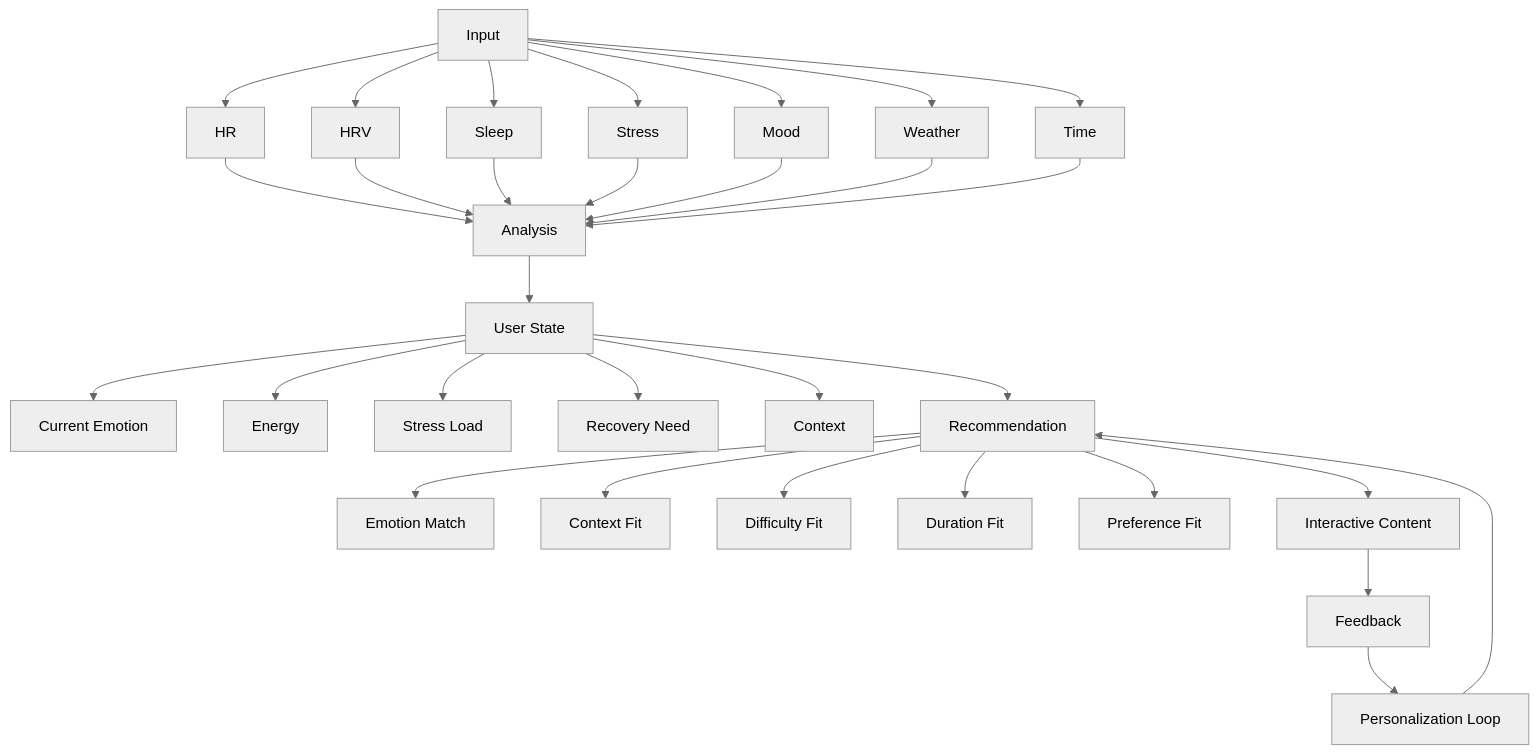
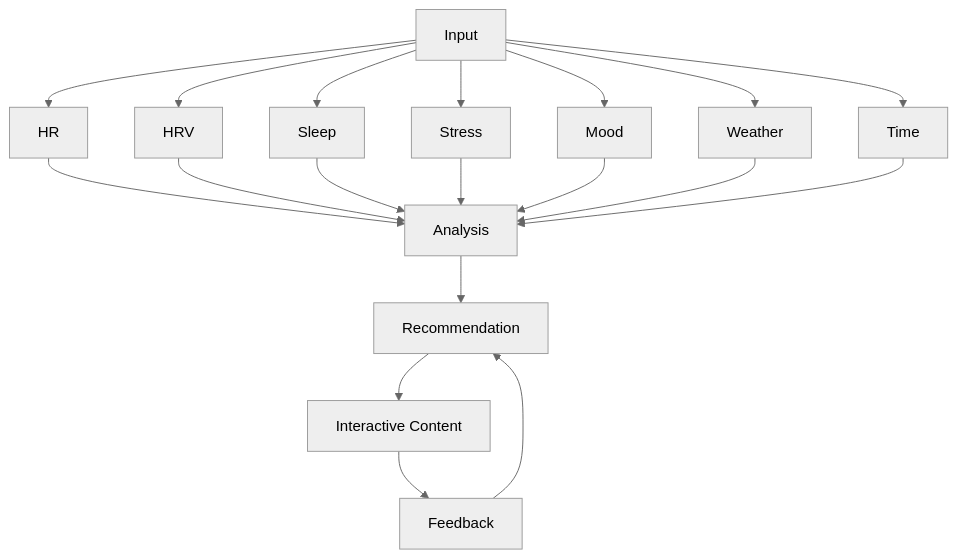
One commit to soompy/artBox changed the diagram in docs/RECOMMENDATION_ENGINE.md. Above: the diagram before and after it, drawn with Mermaid (neutral theme). The commit also changed other lines of this file and 13 other files, not shown here.

Commit message:
docs: localize ArtBox docs and add architecture diagrams

````diff
--- a/docs/RECOMMENDATION_ENGINE.md
+++ b/docs/RECOMMENDATION_ENGINE.md
@@ -7,37 +11,21 @@
 ```mermaid
 flowchart TD
     A["Input"] --> A1["HR"]
     A --> A2["HRV"]
     A --> A3["Sleep"]
     A --> A4["Stress"]
     A --> A5["Mood"]
     A --> A6["Weather"]
     A --> A7["Time"]
-
     A1 --> B["Analysis"]
     A2 --> B
     A3 --> B
     A4 --> B
     A5 --> B
     A6 --> B
     A7 --> B
-
-    B --> C["User State"]
-    C --> C1["Current Emotion"]
-    C --> C2["Energy"]
-    C --> C3["Stress Load"]
-    C --> C4["Recovery Need"]
-    C --> C5["Context"]
-
-    C --> D["Recommendation"]
-    D --> D1["Emotion Match"]
-    D --> D2["Context Fit"]
-    D --> D3["Difficulty Fit"]
-    D --> D4["Duration Fit"]
-    D --> D5["Preference Fit"]
-
-    D --> E["Interactive Content"]
-    E --> F["Feedback"]
-    F --> G["Personalization Loop"]
-    G --> D
+    B --> C["Recommendation"]
+    C --> D["Interactive Content"]
+    D --> E["Feedback"]
+    E --> C
 ```
````
